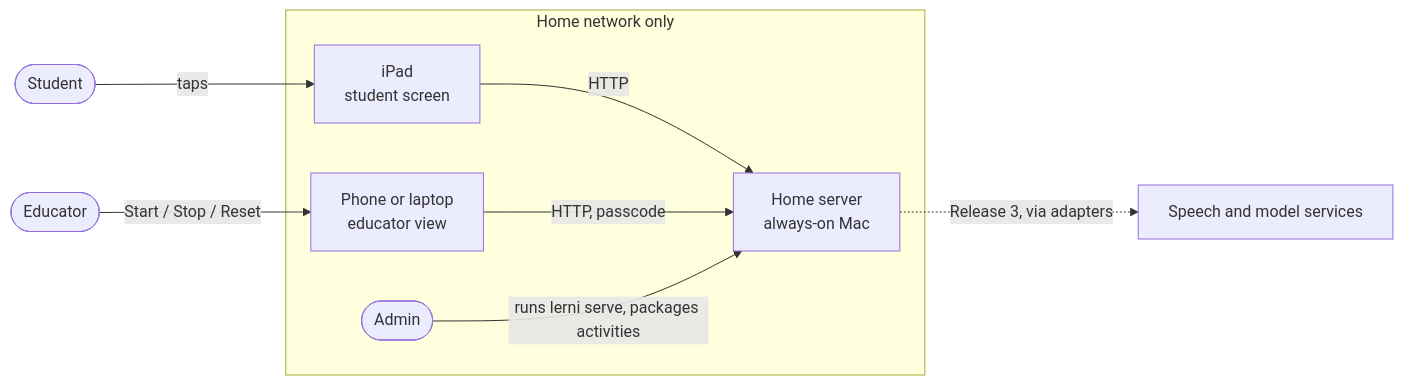
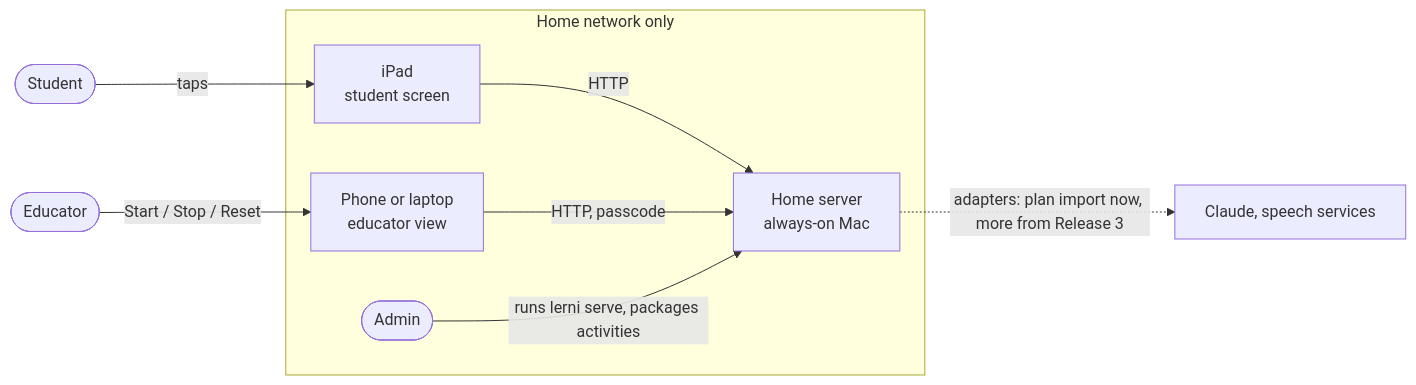
One commit to torenunez/lerni changed the first of 3 diagrams in docs/ARCHITECTURE.md. Above: the diagram before and after it, drawn with Mermaid. The commit also changed other lines of this file and 34 other files, not shown here.

First line of the commit message:
Release 1 step 4: import a rough plan with Claude; code manifest; minimal tests

````diff
--- a/docs/ARCHITECTURE.md
+++ b/docs/ARCHITECTURE.md
@@ -15,12 +15,12 @@
 ```mermaid
 flowchart LR
     student([Student]) -- taps --> ipad[iPad<br/>student screen]
     educator([Educator]) -- Start / Stop / Reset --> edev[Phone or laptop<br/>educator view]
     subgraph home[Home network only]
         ipad -- HTTP --> server[Home server<br/>always-on Mac]
         edev -- HTTP, passcode --> server
         admin([Admin]) -- runs lerni serve, packages activities --> server
     end
 
-    server -. Release 3, via adapters .-> ai[Speech and model services]
+    server -. adapters: plan import now, more from Release 3 .-> ai[Claude, speech services]
 ```
````
